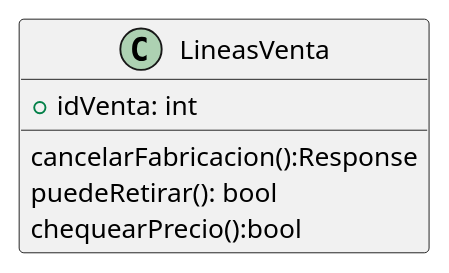
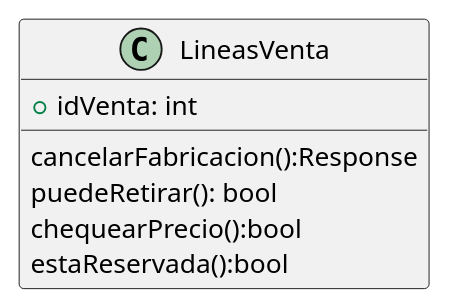
One commit to ZMGestion/DocumentacionZMGestion changed the diagram in DiagramaClases/Clases/LineasVenta.puml. Above: the diagram before and after it, drawn with PlantUML. The commit also changed 1 other file, not shown here.

```diff
--- a/DiagramaClases/Clases/LineasVenta.puml
+++ b/DiagramaClases/Clases/LineasVenta.puml
@@ -1,10 +1,11 @@
 @startuml LineasVenta
 class LineasVenta{
     +idVenta: int
 
     cancelarFabricacion():Response
     puedeRetirar(): bool
     chequearPrecio():bool
+    estaReservada():bool
 
 }
 @enduml
```
